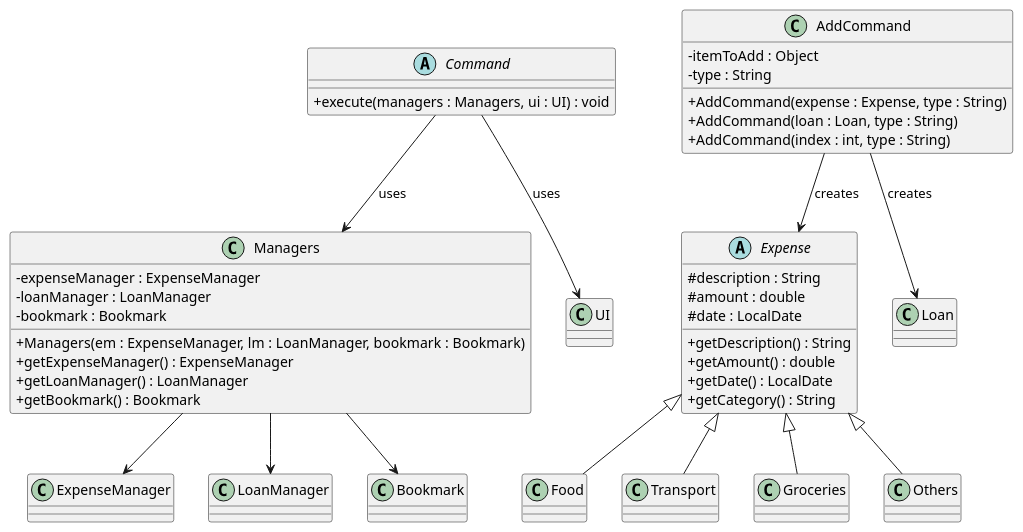
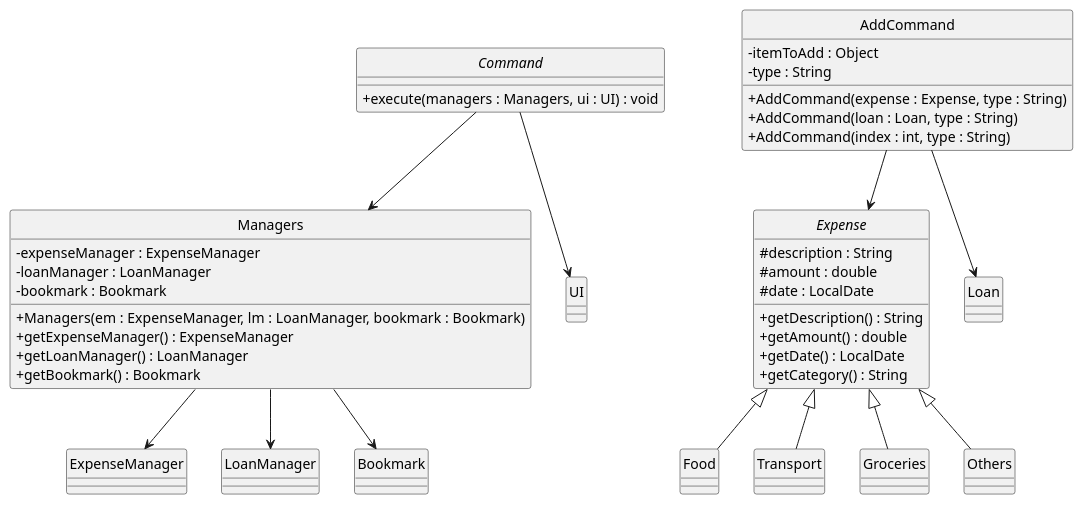
Before and after one commit to KanakornMek/tp: the diagram in docs/Diagrams/ParserDependencies.puml, drawn with PlantUML. The commit also changed 13 other files, not shown here.

Commit message:
Modified uml diagrams to fit course specifications and their equivalent png files

```diff
--- a/docs/Diagrams/ParserDependencies.puml
+++ b/docs/Diagrams/ParserDependencies.puml
@@ -1,55 +1,61 @@
 @startuml
 skinparam classAttributeIconSize 0
+hide circle
 
 abstract class Command {
     + execute(managers : Managers, ui : UI) : void
 }
 
 class Managers {
     - expenseManager : ExpenseManager
     - loanManager : LoanManager
     - bookmark : Bookmark
     + Managers(em : ExpenseManager, lm : LoanManager, bookmark : Bookmark)
     + getExpenseManager() : ExpenseManager
     + getLoanManager() : LoanManager
     + getBookmark() : Bookmark
 }
 
 class AddCommand {
     - itemToAdd : Object
     - type : String
     + AddCommand(expense : Expense, type : String)
     + AddCommand(loan : Loan, type : String)
     + AddCommand(index : int, type : String)
 }
 
 abstract class Expense {
     # description : String
     # amount : double
     # date : LocalDate
     + getDescription() : String
     + getAmount() : double
     + getDate() : LocalDate
     + getCategory() : String
 }
 
 class Food
 class Transport
 class Groceries
 class Others
 
-Command --> Managers : uses
-Command --> UI : uses
+Command --> Managers
+
+Command --> UI
+
 Managers --> ExpenseManager
+
 Managers --> LoanManager
+
 Managers --> Bookmark
 
-AddCommand --> Expense : creates
-AddCommand --> Loan : creates
+AddCommand --> Expense
+
+AddCommand --> Loan
 
 Expense <|-- Food
 Expense <|-- Transport
 Expense <|-- Groceries
 Expense <|-- Others
 
 @enduml
```
